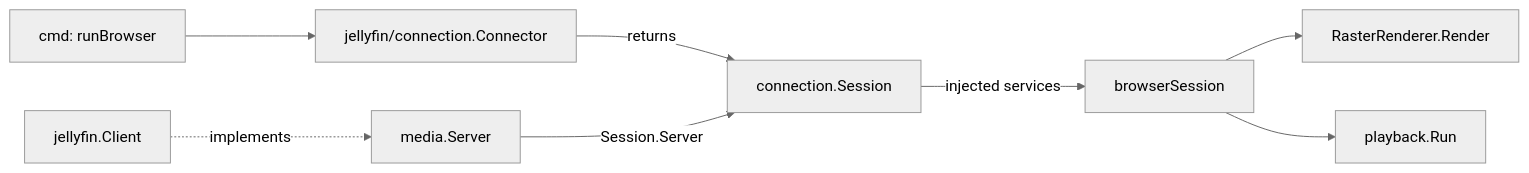
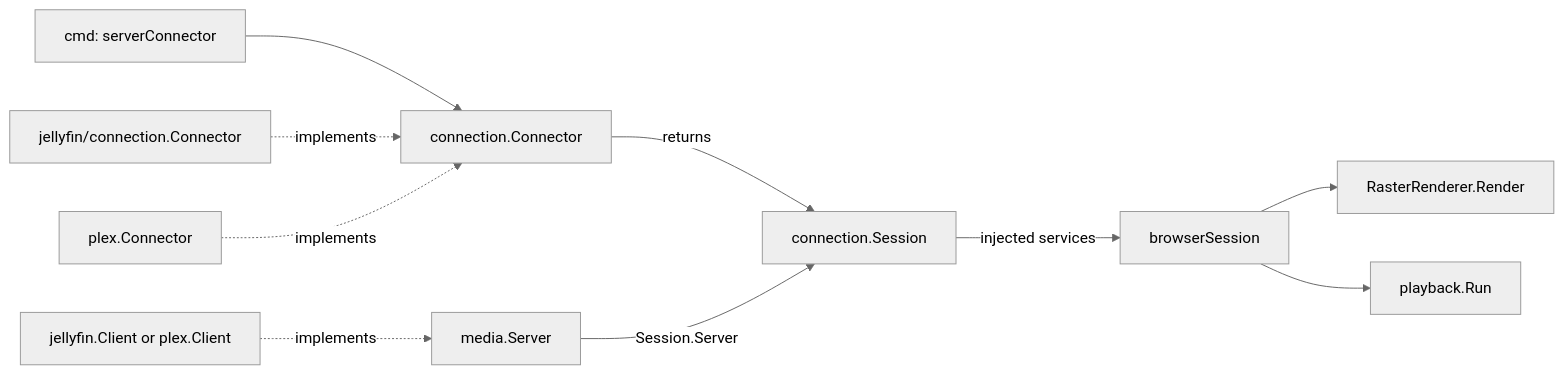
One commit to trentnix/misterfin-crt changed the first of 3 diagrams in docs/GO_RENDERING.md. Above: the diagram before and after it, drawn with Mermaid (neutral theme). The commit also changed other lines of this file and 83 other files, not shown here.

````diff
--- a/docs/GO_RENDERING.md
+++ b/docs/GO_RENDERING.md
@@ -9,10 +9,12 @@
 ```mermaid
 flowchart LR
-    App["cmd: runBrowser"] --> Connector["jellyfin/connection.Connector"]
+    App["cmd: serverConnector"] --> Connector["connection.Connector"]
+    JF["jellyfin/connection.Connector"] -. implements .-> Connector
+    Plex["plex.Connector"] -. implements .-> Connector
     Connector -->|returns| Session["connection.Session"]
     Session -->|injected services| Browser["browserSession"]
-    Client["jellyfin.Client"] -. implements .-> Server["media.Server"]
+    Client["jellyfin.Client or plex.Client"] -. implements .-> Server["media.Server"]
     Server -->|Session.Server| Session
     Browser --> Renderer["RasterRenderer.Render"]
     Browser --> Playback["playback.Run"]
 ```
````
